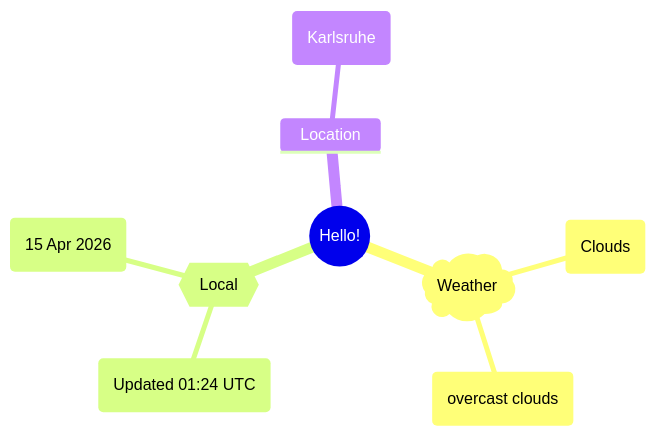
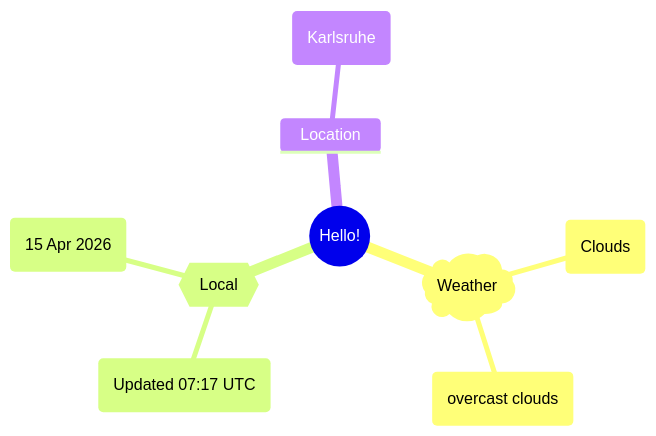
Before and after one commit to Xosrov/Xosrov: the first of 2 diagrams in README.md, drawn with Mermaid.

Commit message:
[bot] updated images

````diff
--- a/README.md
+++ b/README.md
@@ -3,12 +3,12 @@
 ```mermaid
 mindmap
   root((Hello!))
     )Weather(
         (Clouds)
         (overcast clouds)
     {{Local}}
-        (Updated 01:24 UTC)
+        (Updated 07:17 UTC)
         (15 Apr 2026)
     Location
         (Karlsruhe)
 ```
````
